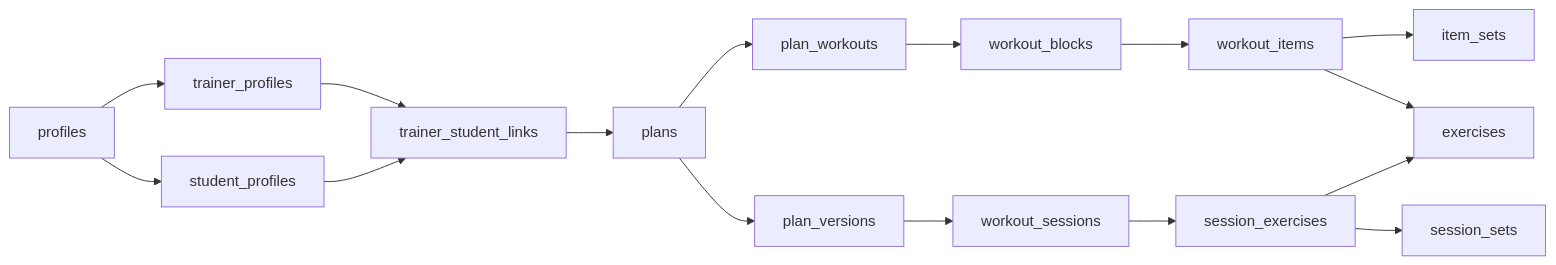
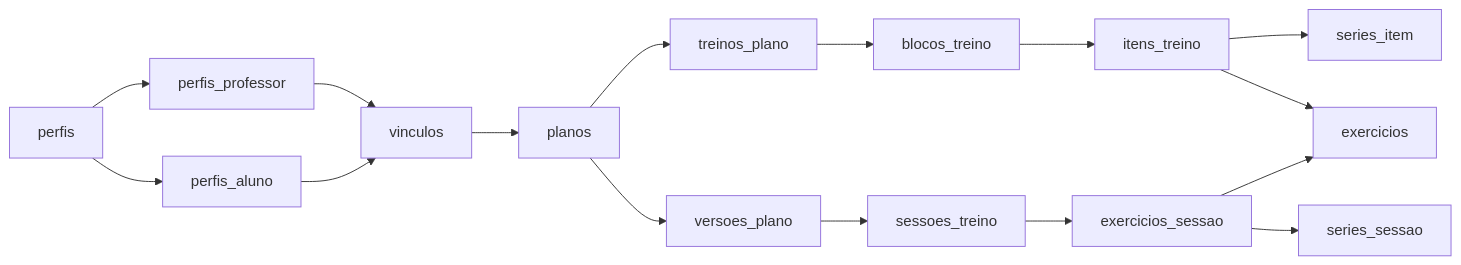
One commit to wfanjos/v22FitConnect_v2 changed the diagram in docs/modelo-dados.md. Above: the diagram before and after it, drawn with Mermaid. The commit also changed other lines of this file and 5 other files, not shown here.

````diff
--- a/docs/modelo-dados.md
+++ b/docs/modelo-dados.md
@@ -16,13 +18,13 @@
 ```mermaid
 flowchart LR
-    P[profiles] --> SP[student_profiles]
-    P --> TP[trainer_profiles]
-    TP --> L[trainer_student_links]
-    SP --> L
-    L --> PL[plans]
-    PL --> W[plan_workouts] --> B[workout_blocks] --> I[workout_items] --> S[item_sets]
-    I --> E[exercises]
-    PL --> V[plan_versions]
-    V --> WS[workout_sessions] --> SE[session_exercises] --> SS[session_sets]
+    P[perfis] --> PA[perfis_aluno]
+    P --> PP[perfis_professor]
+    PP --> L[vinculos]
+    PA --> L
+    L --> PL[planos]
+    PL --> W[treinos_plano] --> B[blocos_treino] --> I[itens_treino] --> S[series_item]
+    I --> E[exercicios]
+    PL --> V[versoes_plano]
+    V --> WS[sessoes_treino] --> SE[exercicios_sessao] --> SS[series_sessao]
     SE --> E
 ```
````
